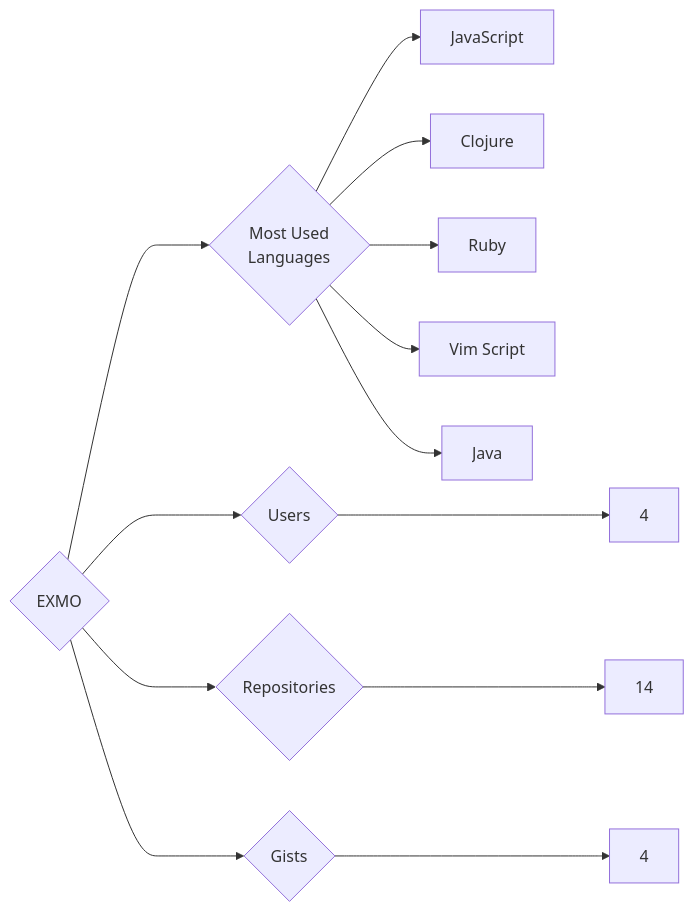
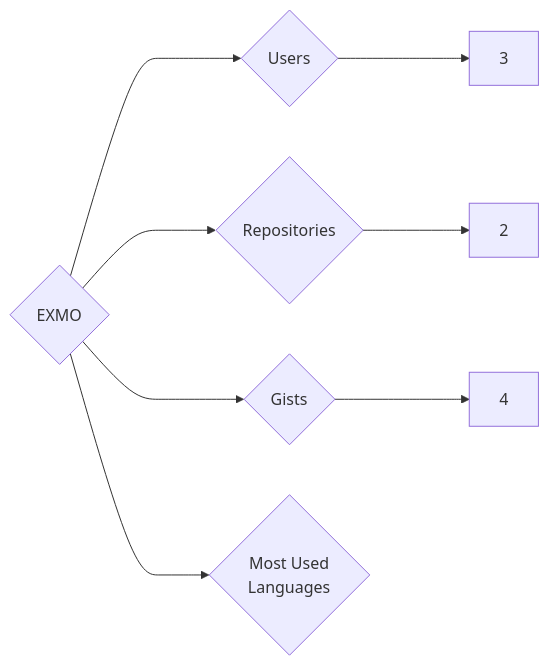
The diagram in targets/EXMO/README.md (trickest/insiders), drawn with Mermaid before and after one commit. The commit also changed 1166 other files, not shown here.

````diff
--- a/targets/EXMO/README.md
+++ b/targets/EXMO/README.md
@@ -3,13 +3,8 @@
 ```mermaid
 graph LR
 COMPANY_NAME{EXMO}
-COMPANY_NAME ---> U{Users} ---> UN[4]
-COMPANY_NAME ---> R{Repositories} ---> RN[14]
+COMPANY_NAME ---> U{Users} ---> UN[3]
+COMPANY_NAME ---> R{Repositories} ---> RN[2]
 COMPANY_NAME ---> G{Gists} ---> GN[4]
 COMPANY_NAME ---> ML{Most Used<br>Languages}
-ML --> JavaScript[JavaScript]
-ML --> Clojure[Clojure]
-ML --> Ruby[Ruby]
-ML --> Vim_Script[Vim Script]
-ML --> Java[Java]
 ```
````
